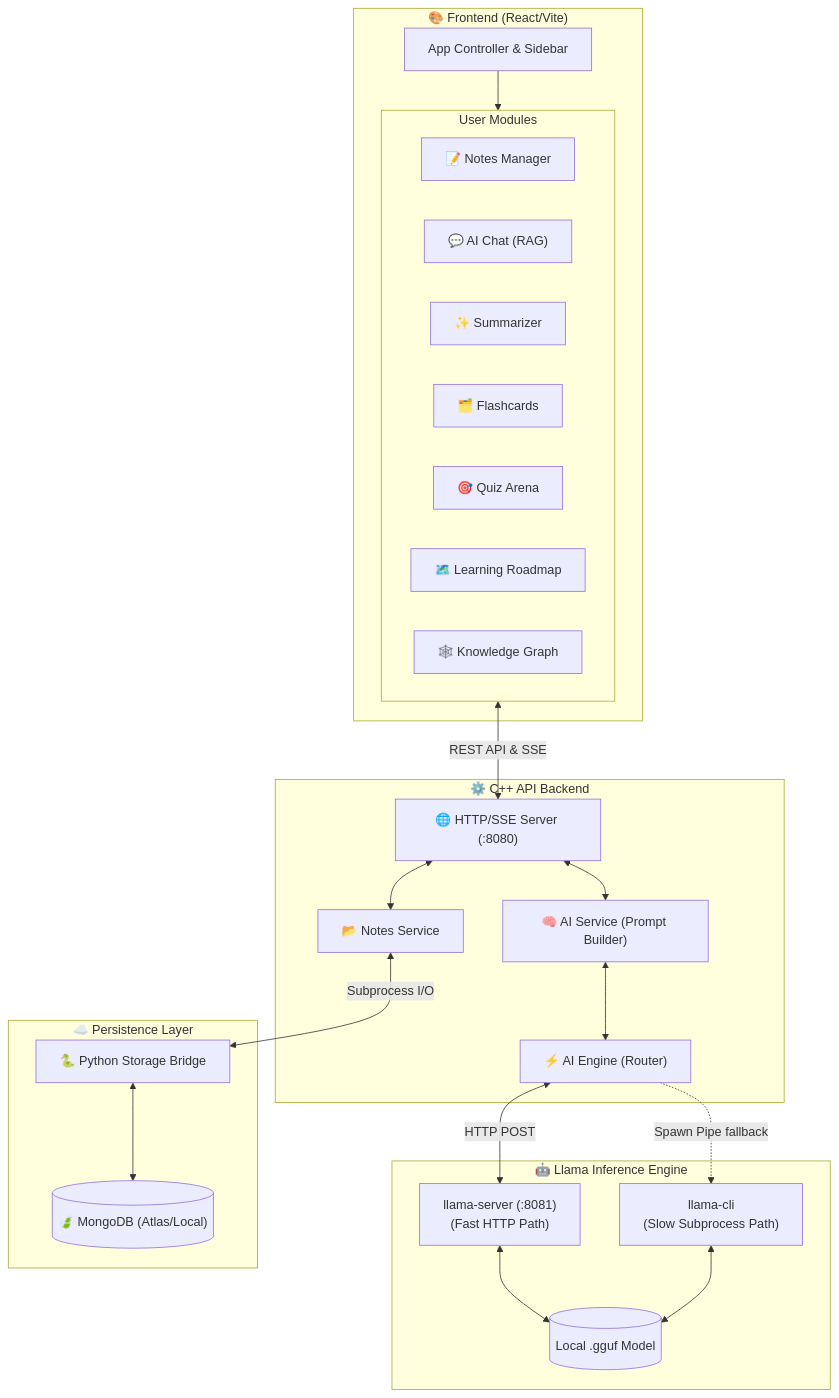
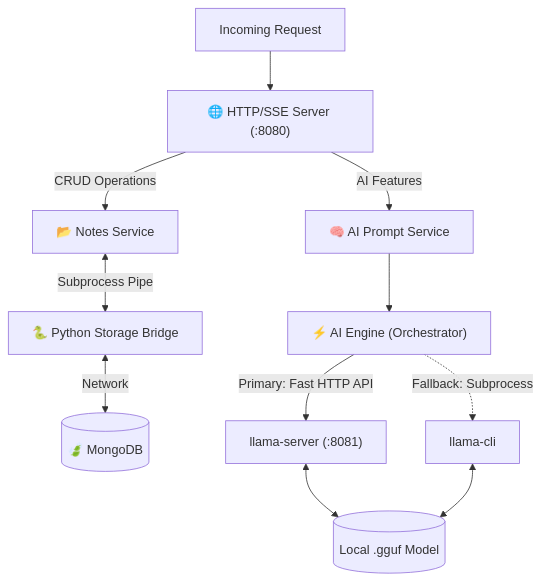
Before and after one commit to Rajdeep-Mudiar/NotesAppLlmaaCpp: the third of 3 diagrams in README.md, drawn with Mermaid. The commit also changed other lines of this file, not shown here.

Commit message:
added 3 mermaid architecture

````diff
--- a/README.md
+++ b/README.md
@@ -55,57 +86,17 @@
 ```mermaid
 graph TD
-    %% Frontend Subgraph
-    subgraph Frontend["🎨 Frontend (React/Vite)"]
-        UI["App Controller & Sidebar"]
-        
-        subgraph Features["User Modules"]
-            Notes["📝 Notes Manager"]
-            Chat["💬 AI Chat (RAG)"]
-            Summarizer["✨ Summarizer"]
-            Flashcards["🗂️ Flashcards"]
-            Quiz["🎯 Quiz Arena"]
-            Roadmap["🗺️ Learning Roadmap"]
-            Graph["🕸️ Knowledge Graph"]
-        end
-        
-        UI --> Features
-    end
-
-    %% Backend Subgraph
-    subgraph Backend["⚙️ C++ API Backend"]
-        HTTPServer["🌐 HTTP/SSE Server (:8080)"]
-        NotesService["📂 Notes Service"]
-        AIService["🧠 AI Service (Prompt Builder)"]
-        AIEngine["⚡ AI Engine (Router)"]
-        
-        HTTPServer <--> NotesService
-        HTTPServer <--> AIService
-        AIService <--> AIEngine
-    end
-
-    %% AI Inference Subgraph
-    subgraph Llama["🤖 Llama Inference Engine"]
-        LlamaServer["llama-server (:8081)<br/>(Fast HTTP Path)"]
-        LlamaCLI["llama-cli<br/>(Slow Subprocess Path)"]
-        GGUF[("Local .gguf Model")]
-        
-        LlamaServer <--> GGUF
-        LlamaCLI <--> GGUF
-    end
-
-    %% Storage Subgraph
-    subgraph Storage["☁️ Persistence Layer"]
-        PythonBridge["🐍 Python Storage Bridge"]
-        MongoDB[("🍃 MongoDB (Atlas/Local)")]
-        
-        PythonBridge <--> MongoDB
-    end
-
-    %% Cross-boundary connections
-    Features <-->|REST API & SSE| HTTPServer
+    Req["Incoming Request"] --> HTTPServer["🌐 HTTP/SSE Server (:8080)"]
     
-    AIEngine <-->|HTTP POST| LlamaServer
-    AIEngine -. Spawn Pipe fallback .-> LlamaCLI
+    HTTPServer -->|CRUD Operations| NotesService["📂 Notes Service"]
+    NotesService <-->|Subprocess Pipe| PythonBridge["🐍 Python Storage Bridge"]
+    PythonBridge <-->|Network| Mongo[("🍃 MongoDB")]
     
-    NotesService <-->|Subprocess I/O| PythonBridge
+    HTTPServer -->|AI Features| AIService["🧠 AI Prompt Service"]
+    AIService --> Engine["⚡ AI Engine (Orchestrator)"]
+    
+    Engine -->|Primary: Fast HTTP API| Server["llama-server (:8081)"]
+    Engine -.->|Fallback: Subprocess| CLI["llama-cli"]
+    
+    Server <--> GGUF[("Local .gguf Model")]
+    CLI <--> GGUF
 ```
````
